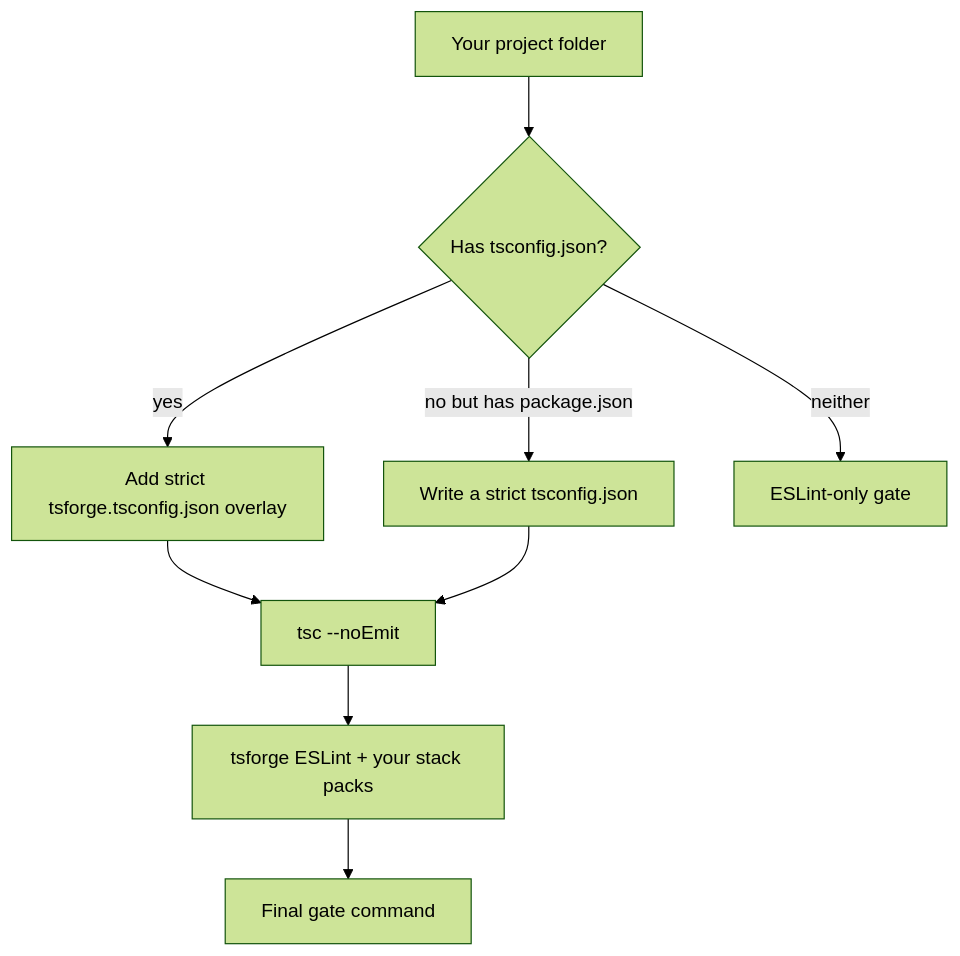
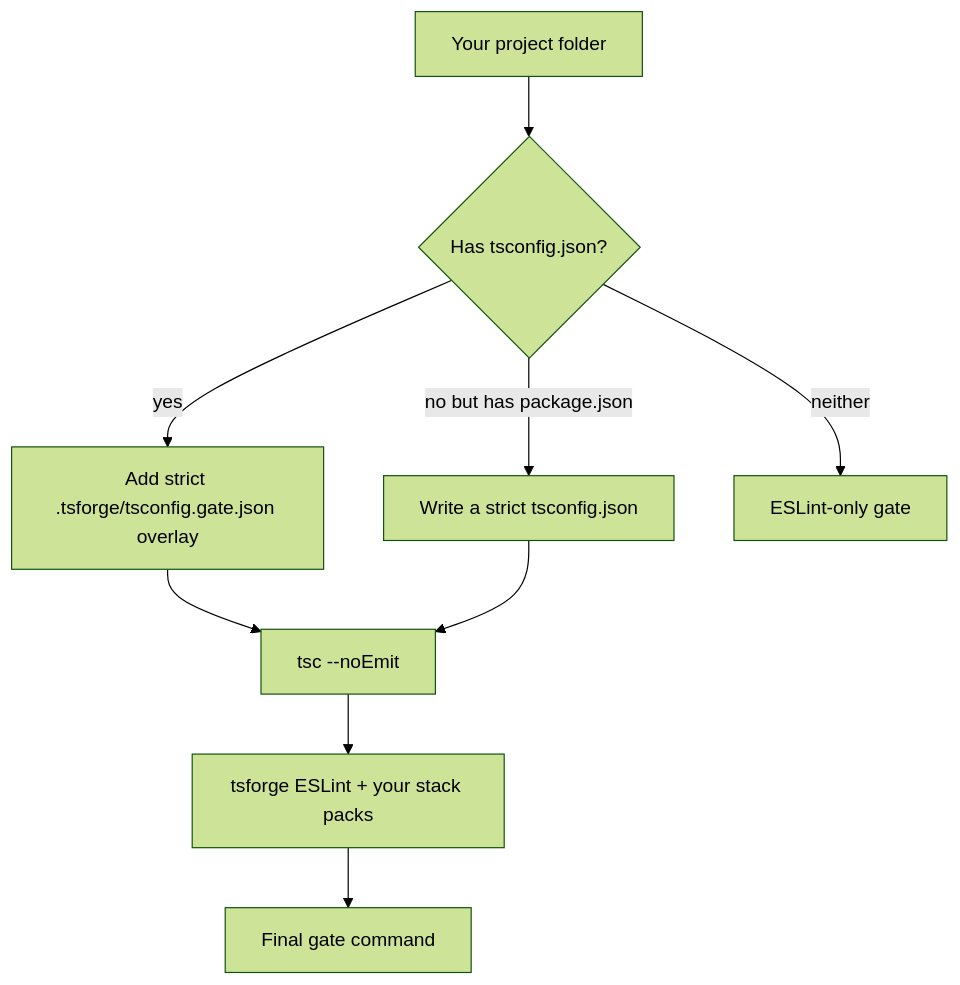
One commit to agjs/tsforge changed the diagram in apps/docs/src/content/docs/loop/gate-floor.mdx. Above: the diagram before and after it, drawn with Mermaid (forest theme). The commit also changed other lines of this file and 2 other files, not shown here.

First line of the commit message:
docs: document tests-in-gate, .tsforge overlay, failure classes, web oracles

````diff
--- a/apps/docs/src/content/docs/loop/gate-floor.mdx
+++ b/apps/docs/src/content/docs/loop/gate-floor.mdx
@@ -34,11 +35,11 @@
 ```mermaid
 flowchart TD
   start[Your project folder] --> tsconfig{Has tsconfig.json?}
-  tsconfig -->|yes| overlay[Add strict tsforge.tsconfig.json overlay]
+  tsconfig -->|yes| overlay[Add strict .tsforge/tsconfig.gate.json overlay]
   tsconfig -->|no but has package.json| greenfield[Write a strict tsconfig.json]
   tsconfig -->|neither| eslintOnly[ESLint-only gate]
   overlay --> tsc[tsc --noEmit]
   greenfield --> tsc
   tsc --> eslint[tsforge ESLint + your stack packs]
   eslint --> gate[Final gate command]
 ```
````
